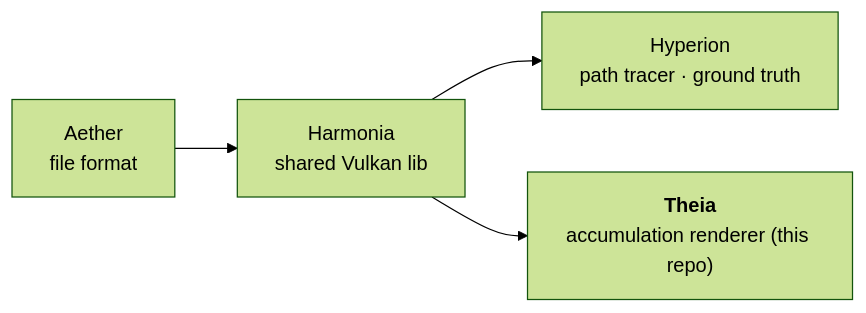
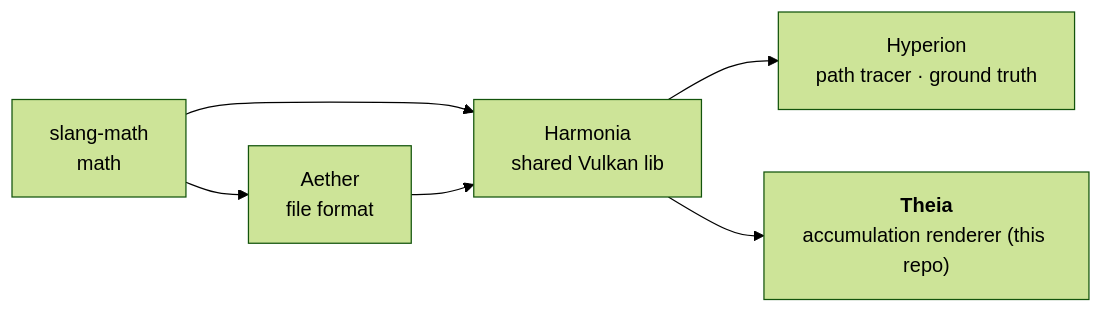
One commit to McNopper/Theia changed the first of 2 diagrams in AGENTS.md. Above: the diagram before and after it, drawn with Mermaid (forest theme). The commit also changed other lines of this file and 2 other files, not shown here.

````diff
--- a/AGENTS.md
+++ b/AGENTS.md
@@ -19,6 +22,8 @@
 ```mermaid
 flowchart LR
-    A["Aether<br/>file format"] --> H["Harmonia<br/>shared Vulkan lib"]
+    SM["slang-math<br/>math"] --> A["Aether<br/>file format"]
+    SM --> H
+    A --> H["Harmonia<br/>shared Vulkan lib"]
     H --> Hy["Hyperion<br/>path tracer · ground truth"]
     H --> T["<b>Theia</b><br/>accumulation renderer (this repo)"]
 ```
````
